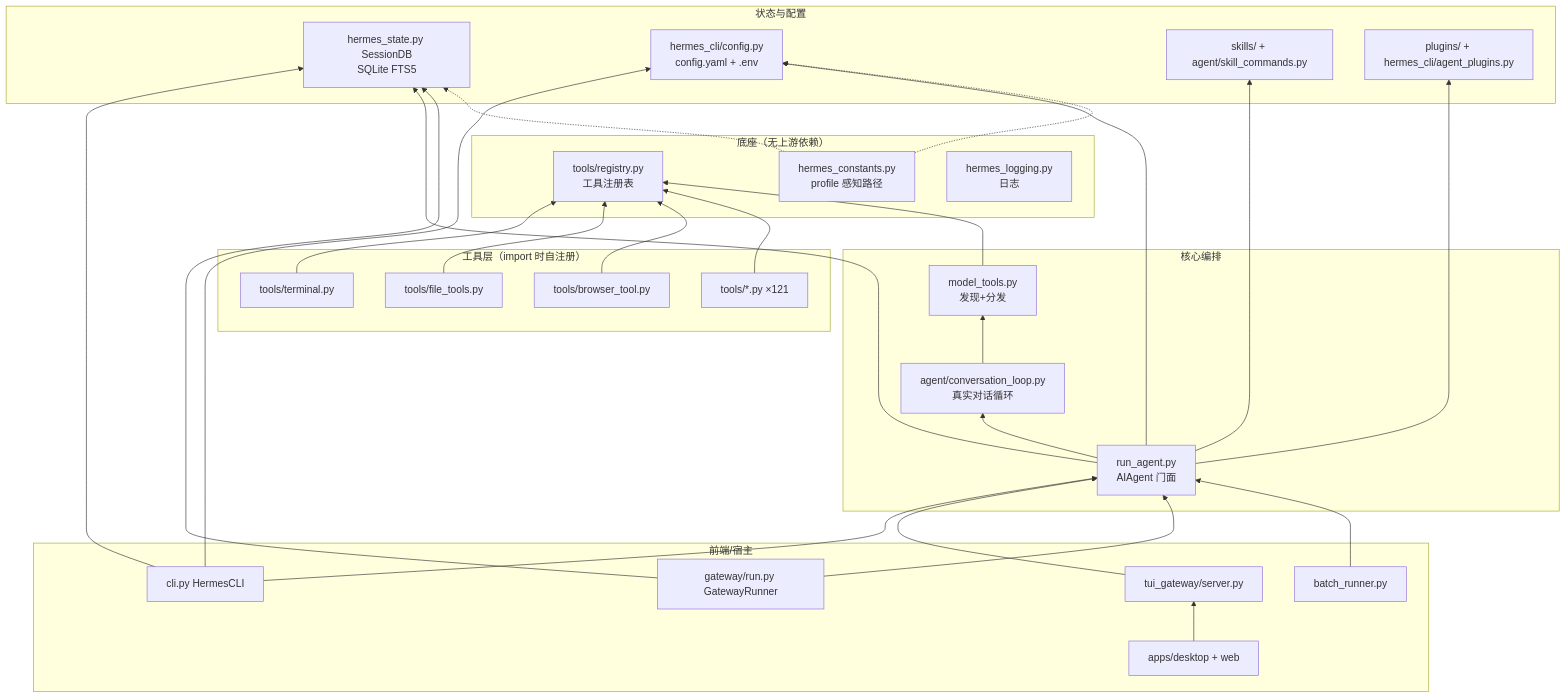
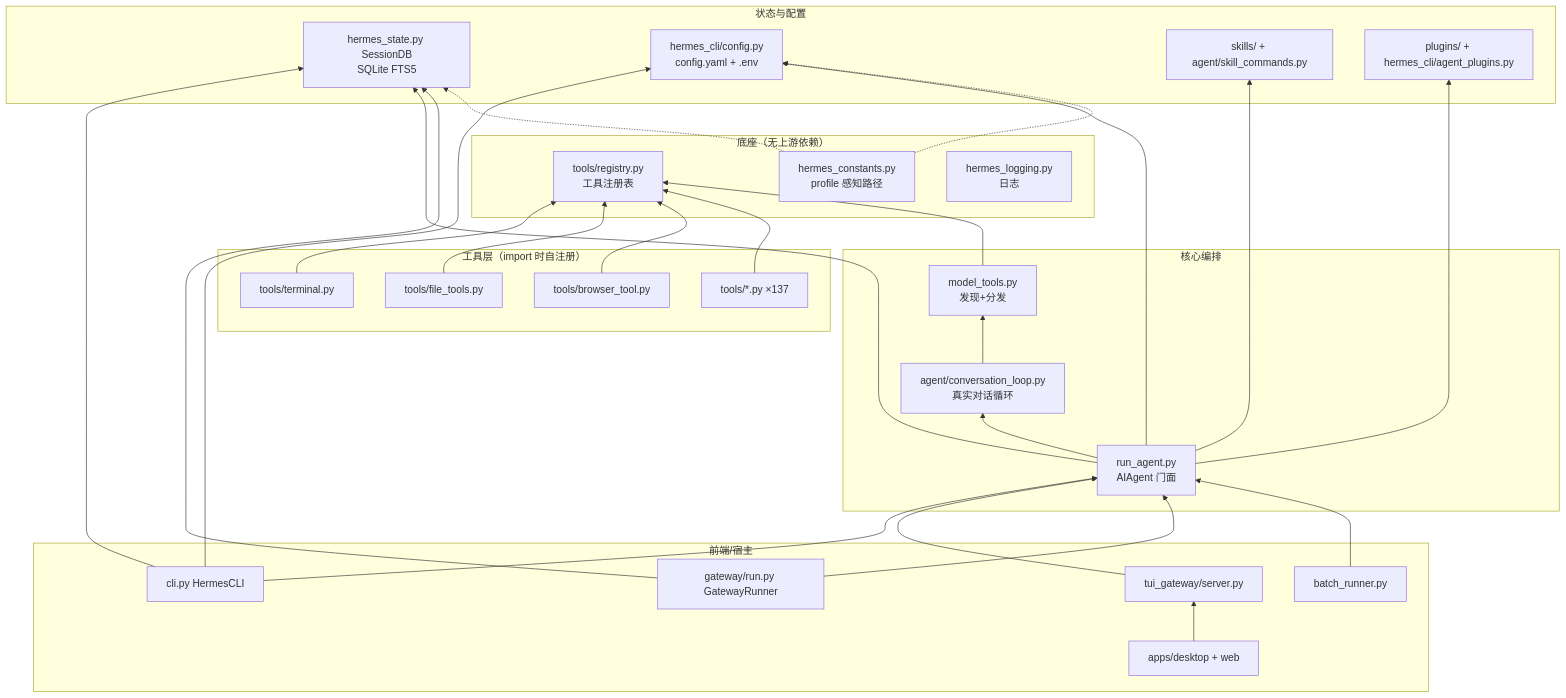
The second of 3 diagrams in docs/sourceReader/01-简单框架-系统骨架.md (adrian9778/hermes-agent), drawn with Mermaid before and after one commit. The commit also changed other lines of this file and 16 other files, not shown here.

````diff
--- a/docs/sourceReader/01-简单框架-系统骨架.md
+++ b/docs/sourceReader/01-简单框架-系统骨架.md
@@ -82,58 +82,58 @@
 ```mermaid
 flowchart BT
     subgraph 底座["底座（无上游依赖）"]
         REG[tools/registry.py<br/>工具注册表]
         CONST[hermes_constants.py<br/>profile 感知路径]
         LOG[hermes_logging.py<br/>日志]
     end
 
     subgraph 工具层["工具层（import 时自注册）"]
         T1[tools/terminal.py]
         T2[tools/file_tools.py]
         T3[tools/browser_tool.py]
-        TN[tools/*.py ×121]
+        TN[tools/*.py ×137]
     end
 
     subgraph 核心["核心编排"]
         MT[model_tools.py<br/>发现+分发]
         CL[agent/conversation_loop.py<br/>真实对话循环]
         RA[run_agent.py<br/>AIAgent 门面]
     end
 
     subgraph 前端["前端/宿主"]
         CLI[cli.py HermesCLI]
         TUI[tui_gateway/server.py]
         GW[gateway/run.py GatewayRunner]
         DESK[apps/desktop + web]
         BATCH[batch_runner.py]
     end
 
     subgraph 状态["状态与配置"]
         DB[hermes_state.py SessionDB<br/>SQLite FTS5]
         CFG[hermes_cli/config.py<br/>config.yaml + .env]
         SKILL[skills/ + agent/skill_commands.py]
         PLUG[plugins/ + hermes_cli/agent_plugins.py]
     end
 
     T1 --> REG
     T2 --> REG
     T3 --> REG
     TN --> REG
     MT --> REG
     CL --> MT
     RA --> CL
     CLI --> RA
     TUI --> RA
     GW --> RA
     DESK --> TUI
     BATCH --> RA
     CLI --> DB
     RA --> DB
     GW --> DB
     CLI --> CFG
     RA --> CFG
     RA --> SKILL
     RA --> PLUG
     CONST -.-> DB
     CONST -.-> CFG
 ```
````
